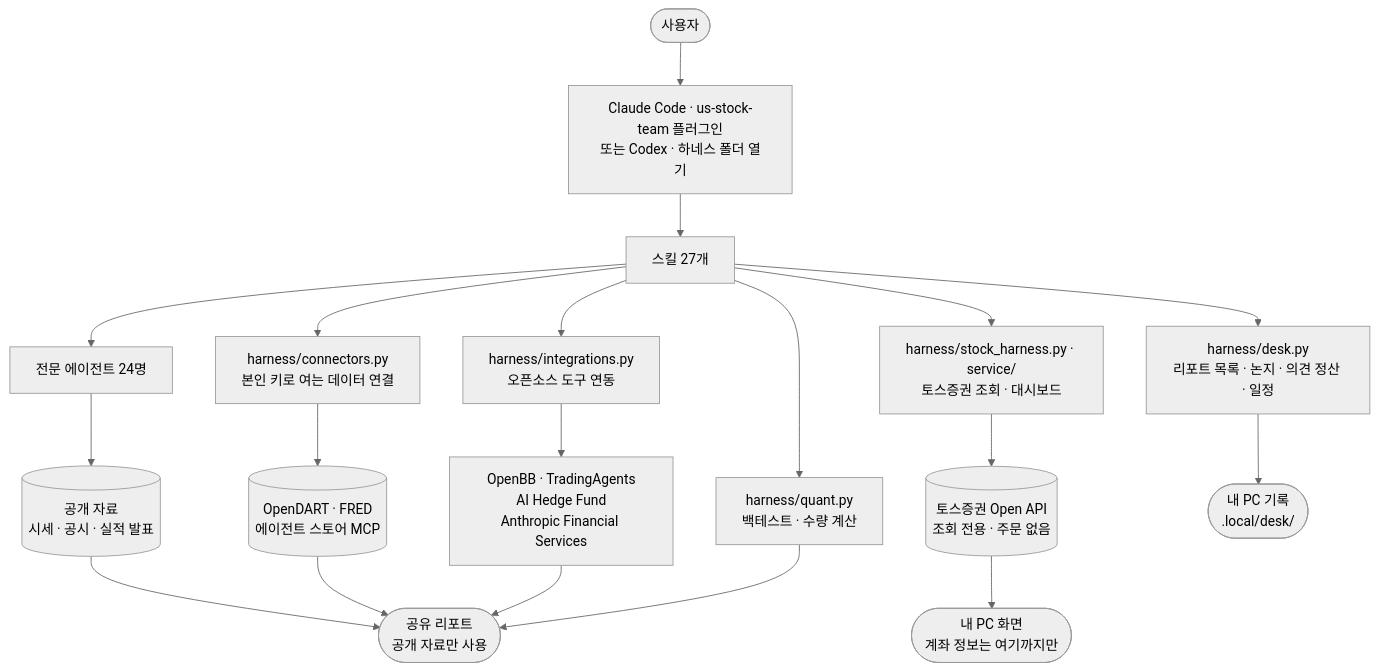
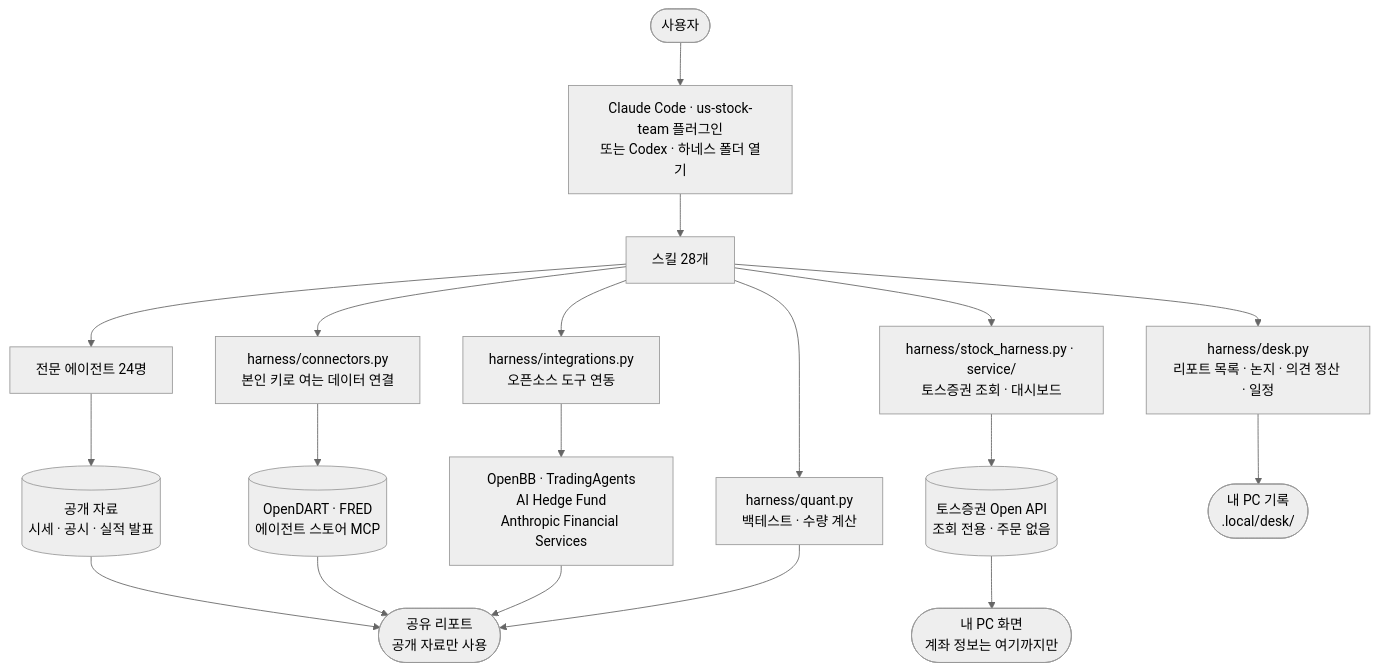
The second of 2 diagrams in README.md (seulee26/stock-team-harness), drawn with Mermaid (neutral theme) before and after one commit. The commit also changed other lines of this file and 41 other files, not shown here.

````diff
--- a/README.md
+++ b/README.md
@@ -129,23 +129,23 @@
 ```mermaid
 flowchart TD
     U(["사용자"]) --> AI["Claude Code · us-stock-team 플러그인<br/>또는 Codex · 하네스 폴더 열기"]
-    AI --> SK["스킬 27개"]
+    AI --> SK["스킬 28개"]
     SK --> AG["전문 에이전트 24명"]
     SK --> DK["harness/desk.py<br/>리포트 목록 · 논지 · 의견 정산 · 일정"]
     SK --> QN["harness/quant.py<br/>백테스트 · 수량 계산"]
     SK --> CN["harness/connectors.py<br/>본인 키로 여는 데이터 연결"]
     SK --> HI["harness/integrations.py<br/>오픈소스 도구 연동"]
     SK --> HT["harness/stock_harness.py · service/<br/>토스증권 조회 · 대시보드"]
 
     AG --> PUB[("공개 자료<br/>시세 · 공시 · 실적 발표")]
     CN --> DATA[("OpenDART · FRED<br/>에이전트 스토어 MCP")]
     HI --> OSS["OpenBB · TradingAgents<br/>AI Hedge Fund<br/>Anthropic Financial Services"]
     HT --> TOSS[("토스증권 Open API<br/>조회 전용 · 주문 없음")]
 
     PUB --> REP(["공유 리포트<br/>공개 자료만 사용"])
     DATA --> REP
     OSS --> REP
     QN --> REP
     DK --> LOC(["내 PC 기록<br/>.local/desk/"])
     TOSS --> PC(["내 PC 화면<br/>계좌 정보는 여기까지만"])
 ```
````
